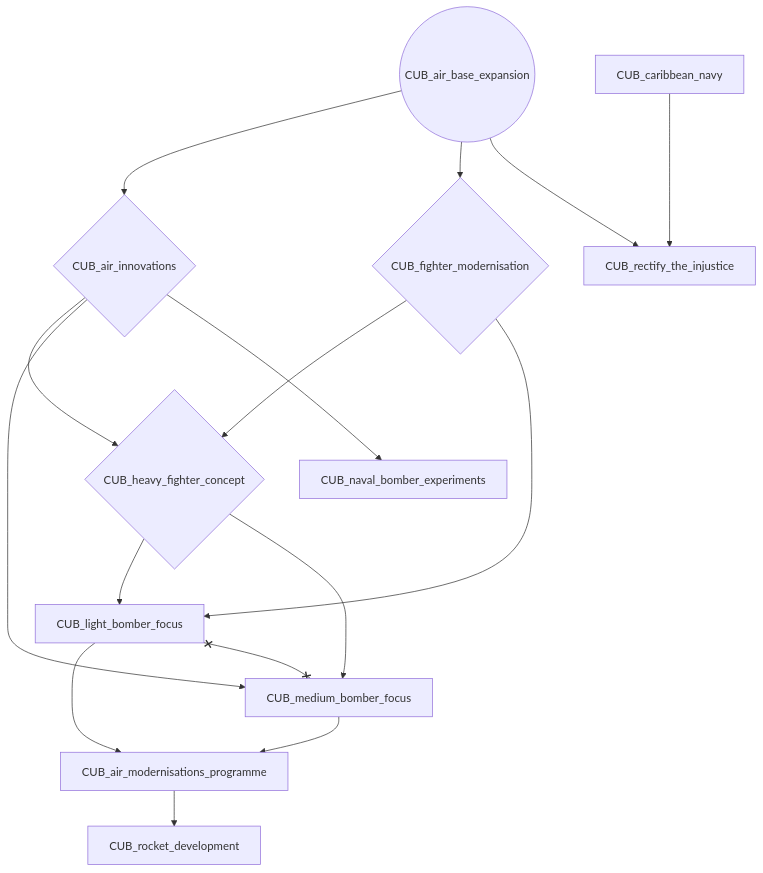
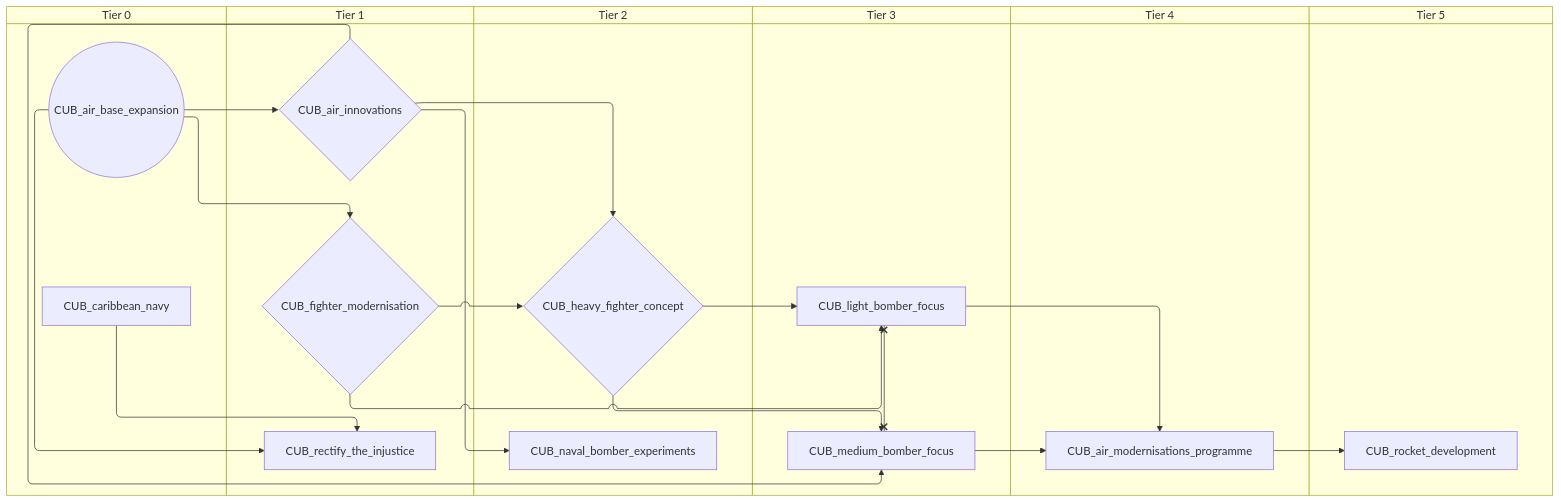
Before and after one commit to evgeny-sobol/hoi4-sandbox-mode-r56: the first of 5 diagrams in docs/gdd/National Focuses/r56/Cuba.md, drawn with Mermaid. The commit also changed other lines of this file and 423 other files, not shown here.

First line of the commit message:
Re-export Rt56 focus trees as swimlane diagrams

````diff
--- a/docs/gdd/National Focuses/r56/Cuba.md
+++ b/docs/gdd/National Focuses/r56/Cuba.md
@@ -3,29 +3,41 @@
 ```mermaid
-flowchart TD
-    n1(("CUB_air_base_expansion"))
-    n2{"CUB_air_innovations"}
-    n3["CUB_air_modernisations_programme"]
-    n4["CUB_caribbean_navy"]
-    n5{"CUB_fighter_modernisation"}
-    n6{"CUB_heavy_fighter_concept"}
-    n7["CUB_light_bomber_focus"]
-    n8["CUB_medium_bomber_focus"]
-    n9["CUB_naval_bomber_experiments"]
-    n10["CUB_rectify_the_injustice"]
-    n11["CUB_rocket_development"]
-    n1 --> n2
-    n7 --> n3
-    n8 --> n3
+swimlane-beta TD
+    subgraph tier_0["Tier 0"]
+        n1(("CUB_air_base_expansion"))
+        n2["CUB_caribbean_navy"]
+    end
+    subgraph tier_1["Tier 1"]
+        n3{"CUB_air_innovations"}
+        n4{"CUB_fighter_modernisation"}
+        n5["CUB_rectify_the_injustice"]
+    end
+    subgraph tier_2["Tier 2"]
+        n6{"CUB_heavy_fighter_concept"}
+        n7["CUB_naval_bomber_experiments"]
+    end
+    subgraph tier_3["Tier 3"]
+        n8["CUB_light_bomber_focus"]
+        n9["CUB_medium_bomber_focus"]
+    end
+    subgraph tier_4["Tier 4"]
+        n10["CUB_air_modernisations_programme"]
+    end
+    subgraph tier_5["Tier 5"]
+        n11["CUB_rocket_development"]
+    end
+    n1 --> n3
+    n8 --> n10
+    n9 --> n10
+    n1 --> n4
+    n3 --> n6
+    n4 --> n6
+    n6 --> n8
+    n4 --> n8
+    n6 --> n9
+    n3 --> n9
+    n3 --> n7
     n1 --> n5
-    n2 --> n6
-    n5 --> n6
-    n6 --> n7
-    n5 --> n7
-    n6 --> n8
-    n2 --> n8
-    n2 --> n9
-    n1 --> n10
-    n4 --> n10
-    n3 --> n11
-    n7 x--x n8
+    n2 --> n5
+    n10 --> n11
+    n8 x--x n9
 ```
````
